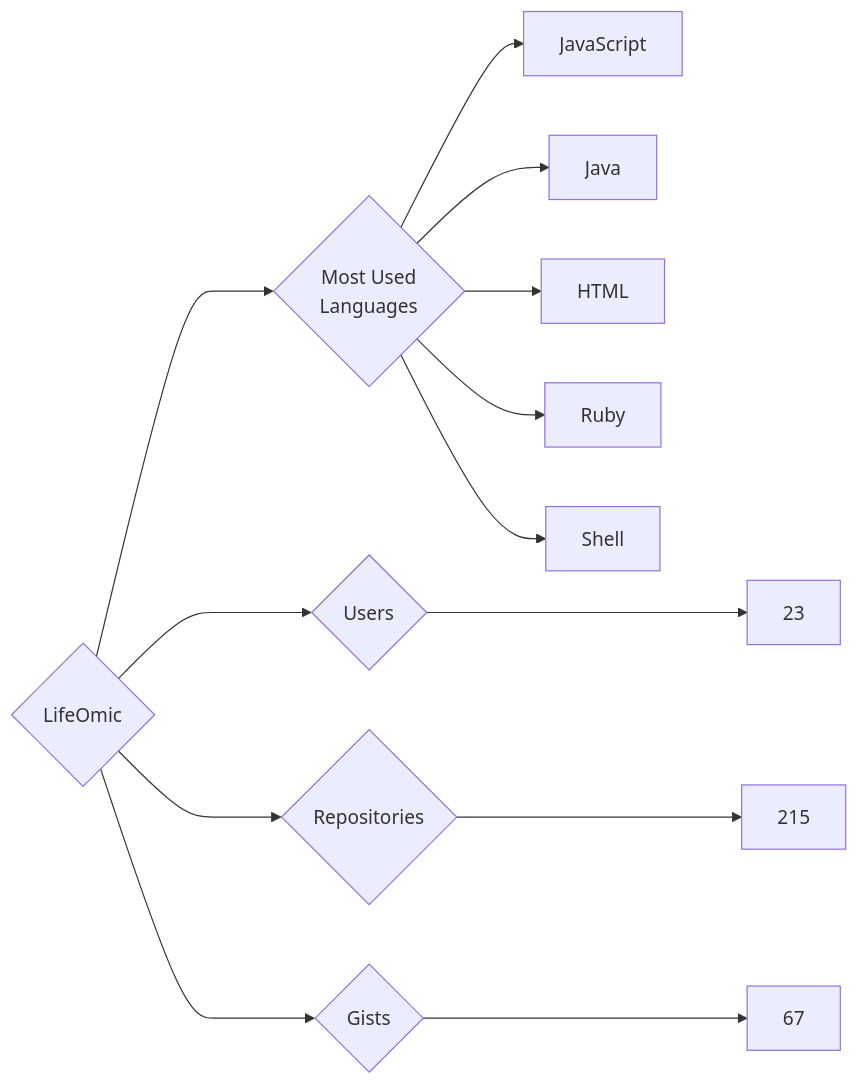
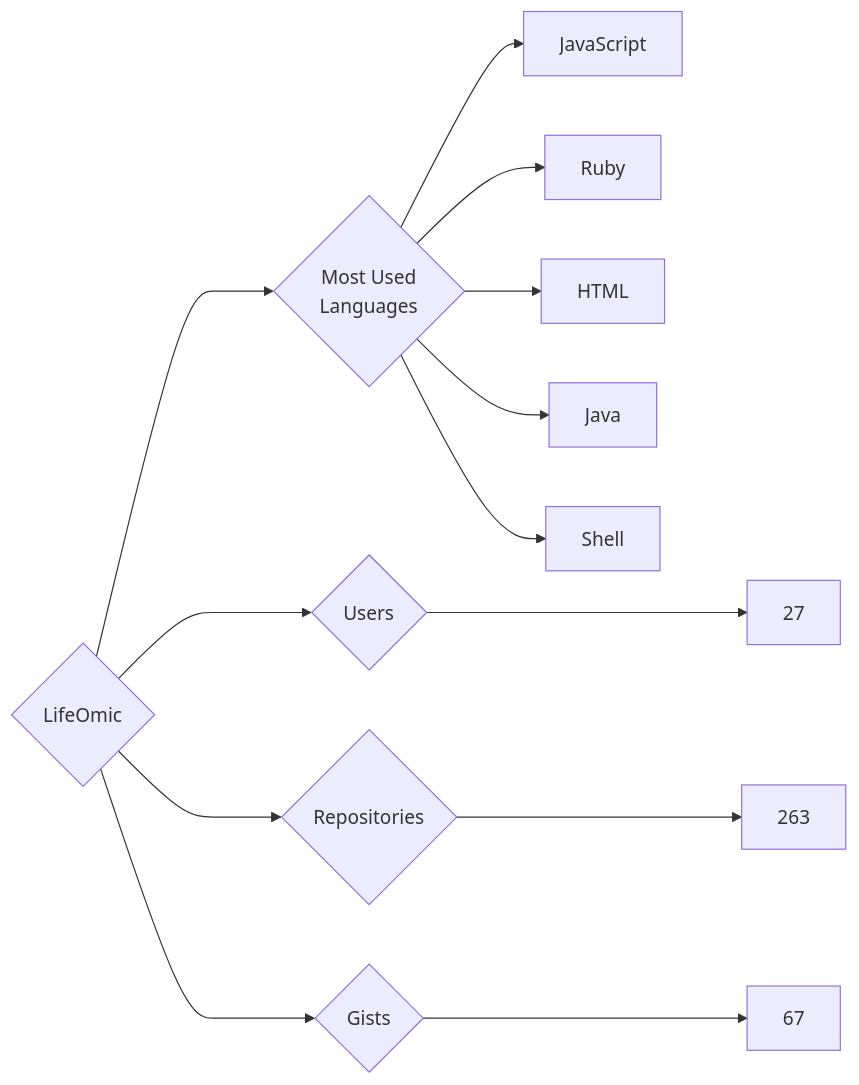
Before and after one commit to trickest/insiders: the diagram in targets/LifeOmic/README.md, drawn with Mermaid. The commit also changed 748 other files, not shown here.

````diff
--- a/targets/LifeOmic/README.md
+++ b/targets/LifeOmic/README.md
@@ -3,13 +3,13 @@
 ```mermaid
 graph LR
 COMPANY_NAME{LifeOmic}
-COMPANY_NAME ---> U{Users} ---> UN[23]
-COMPANY_NAME ---> R{Repositories} ---> RN[215]
+COMPANY_NAME ---> U{Users} ---> UN[27]
+COMPANY_NAME ---> R{Repositories} ---> RN[263]
 COMPANY_NAME ---> G{Gists} ---> GN[67]
 COMPANY_NAME ---> ML{Most Used<br>Languages}
 ML --> JavaScript[JavaScript]
+ML --> Ruby[Ruby]
+ML --> HTML[HTML]
 ML --> Java[Java]
-ML --> HTML[HTML]
-ML --> Ruby[Ruby]
 ML --> Shell[Shell]
 ```
````
